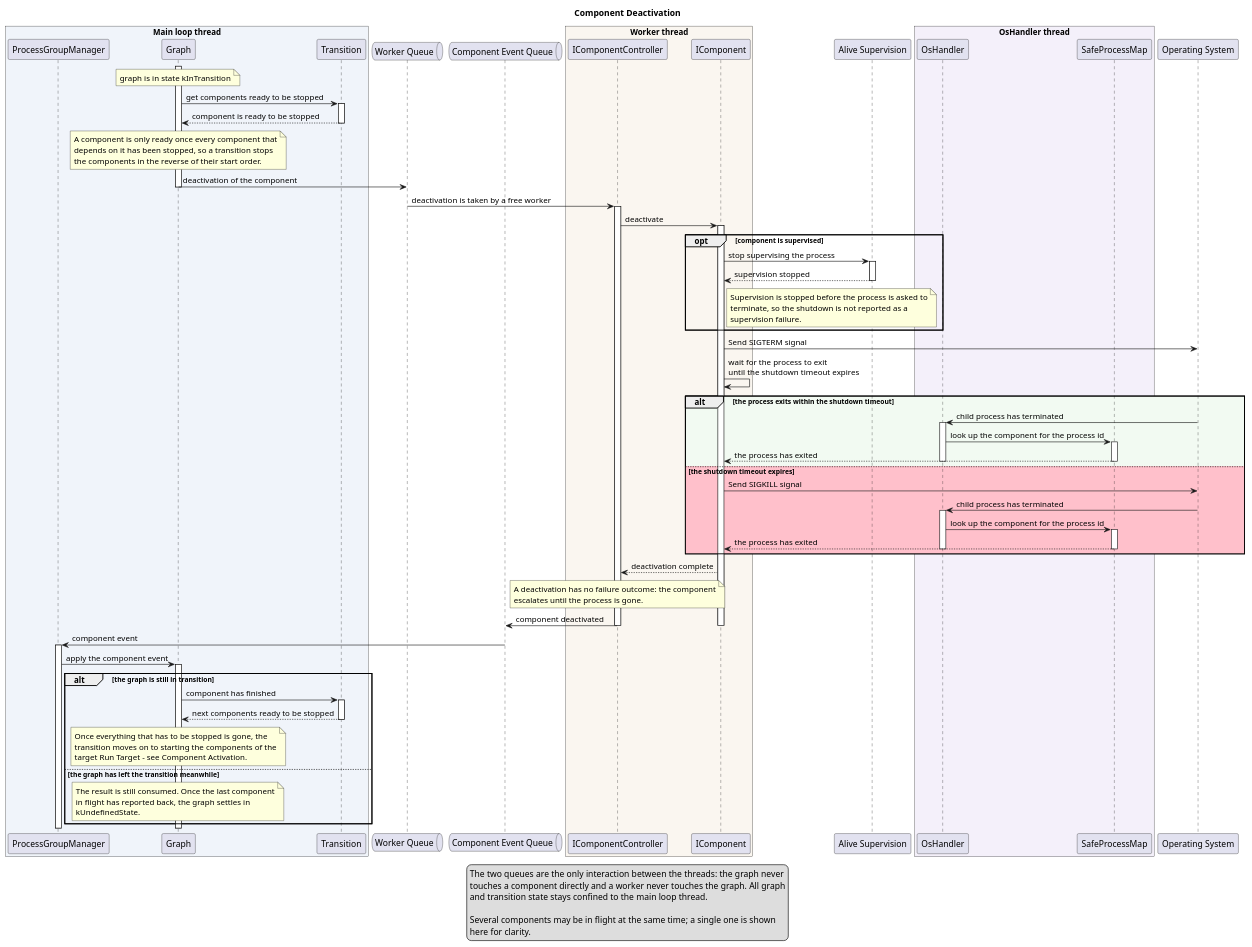
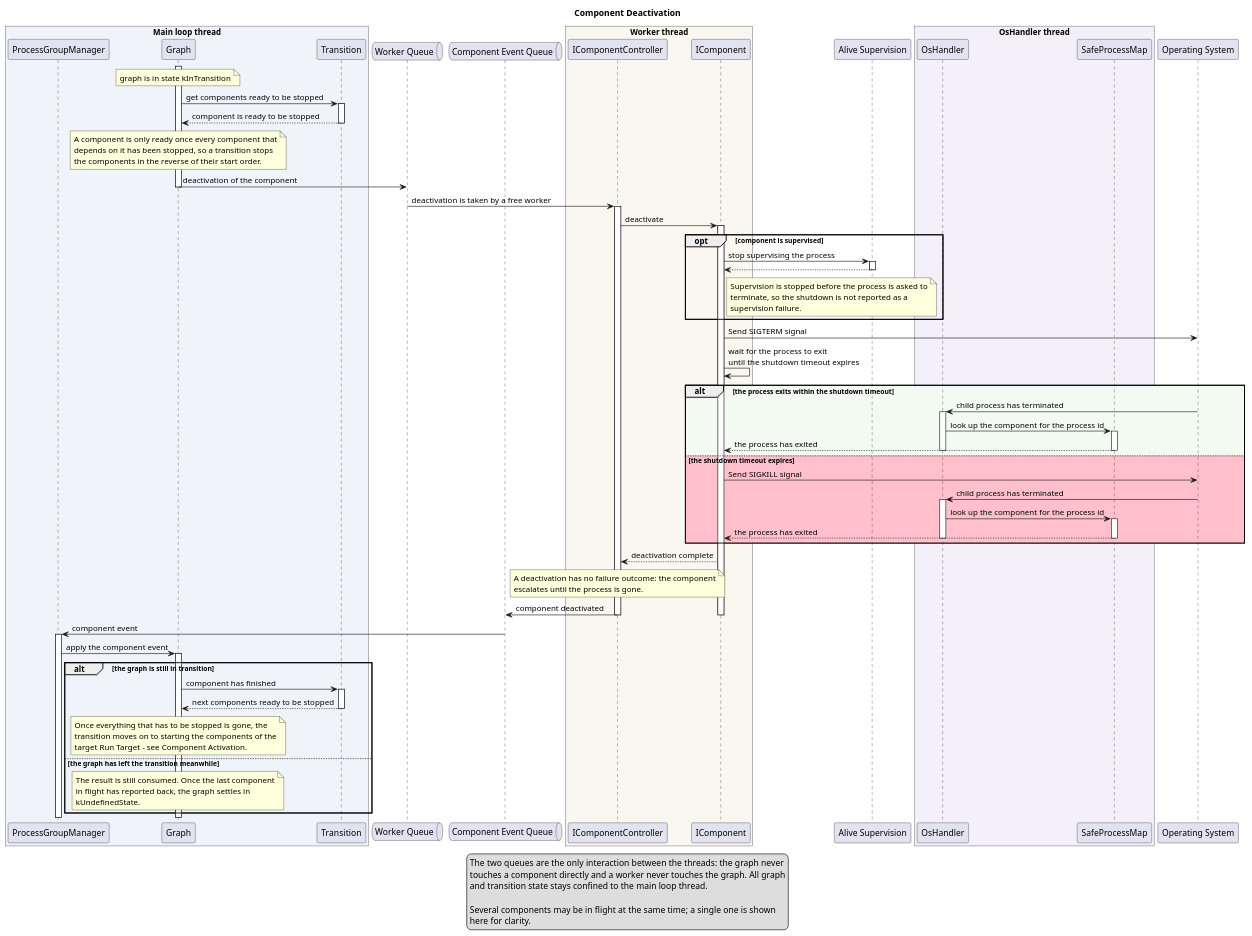
Before and after one commit to eclipse-score/lifecycle: the diagram in score/launch_manager/docs/detailed_design/_assets/component_deactivation.puml, drawn with PlantUML. The commit also changed 5 other files, not shown here.

```diff
--- a/score/launch_manager/docs/detailed_design/_assets/component_deactivation.puml
+++ b/score/launch_manager/docs/detailed_design/_assets/component_deactivation.puml
@@ -14,118 +14,118 @@
 @startuml component_deactivation
 
 title Component Deactivation
 
 box "Main loop thread" #F0F4FA
 participant "ProcessGroupManager" as PGM
 participant "Graph" as Graph
 participant "Transition" as Transition
 end box
 
 queue "Worker Queue" as WorkerQueue
 queue "Component Event Queue" as EventQueue
 
 box "Worker thread" #FAF6F0
 participant "IComponentController" as Monitor
 participant "IComponent" as Component
 end box
 
 participant "Alive Supervision" as Supervision
 
 box "OsHandler thread" #F4F0FA
 participant "OsHandler" as OsHandler
 participant "SafeProcessMap" as Map
 end box
 
 participant "Operating System" as OS
 
 note over Graph: graph is in state kInTransition
 
 ' --- dispatch ----------------------------------------------------------------
 activate Graph
 Graph -> Transition ++: get components ready to be stopped
 Transition --> Graph --: component is ready to be stopped
 note over Graph
   A component is only ready once every component that
   depends on it has been stopped, so a transition stops
   the components in the reverse of their start order.
 end note
 Graph -> WorkerQueue: deactivation of the component
 deactivate Graph
 
 ' --- execution ---------------------------------------------------------------
 WorkerQueue -> Monitor ++: deactivation is taken by a free worker
 Monitor -> Component ++: deactivate
 
 opt component is supervised
     Component -> Supervision ++: stop supervising the process
-    Supervision --> Component --: supervision stopped
+    Supervision --> Component --:
     note right of Component
       Supervision is stopped before the process is asked to
       terminate, so the shutdown is not reported as a
       supervision failure.
     end note
 end
 
 Component -> OS: Send SIGTERM signal
 Component -> Component: wait for the process to exit\nuntil the shutdown timeout expires
 
 alt #F2FAF2 the process exits within the shutdown timeout
     OS -> OsHandler ++: child process has terminated
     OsHandler -> Map ++: look up the component for the process id
     Map --> Component: the process has exited
     deactivate Map
     deactivate OsHandler
 
 else #Pink the shutdown timeout expires
     Component -> OS: Send SIGKILL signal
     OS -> OsHandler ++: child process has terminated
     OsHandler -> Map ++: look up the component for the process id
     Map --> Component: the process has exited
     deactivate Map
     deactivate OsHandler
 end
 
 ' --- result ------------------------------------------------------------------
 Component --> Monitor: deactivation complete
 note over Monitor
   A deactivation has no failure outcome: the component
   escalates until the process is gone.
 end note
 Monitor -> EventQueue: component deactivated
 deactivate Component
 deactivate Monitor
 
 ' --- completion --------------------------------------------------------------
 EventQueue -> PGM ++: component event
 PGM -> Graph ++: apply the component event
 
 alt the graph is still in transition
     Graph -> Transition ++: component has finished
     Transition --> Graph --: next components ready to be stopped
     note over Graph
       Once everything that has to be stopped is gone, the
       transition moves on to starting the components of the
       target Run Target - see Component Activation.
     end note
 
 else the graph has left the transition meanwhile
     note over Graph
       The result is still consumed. Once the last component
       in flight has reported back, the graph settles in
       kUndefinedState.
     end note
 end
 
 deactivate Graph
 deactivate PGM
 
 legend bottom
   The two queues are the only interaction between the threads: the graph never
   touches a component directly and a worker never touches the graph. All graph
   and transition state stays confined to the main loop thread.
 
   Several components may be in flight at the same time; a single one is shown
   here for clarity.
 end legend
 
 @enduml
```
